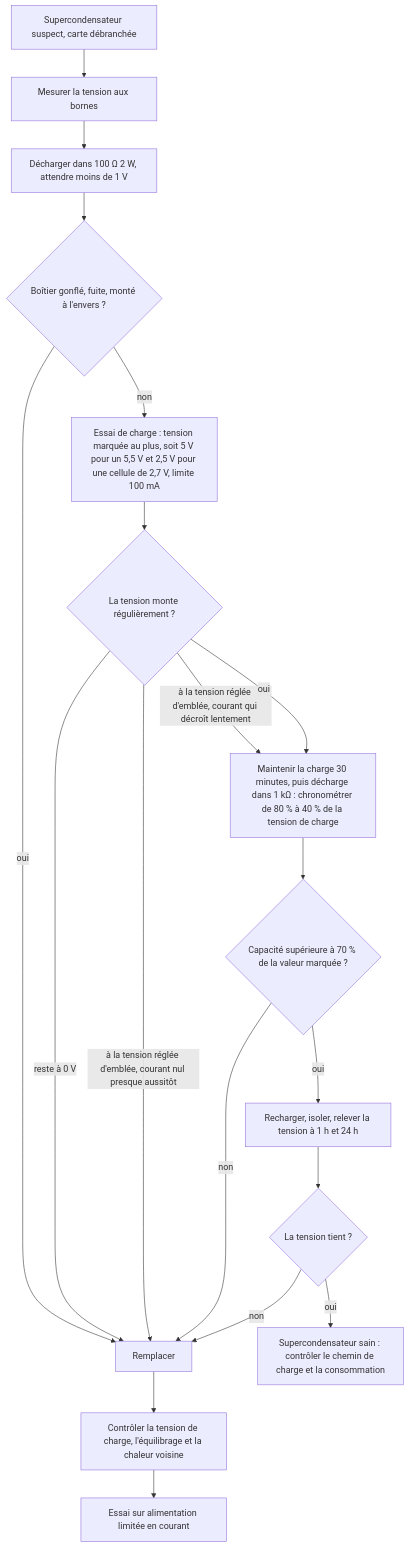
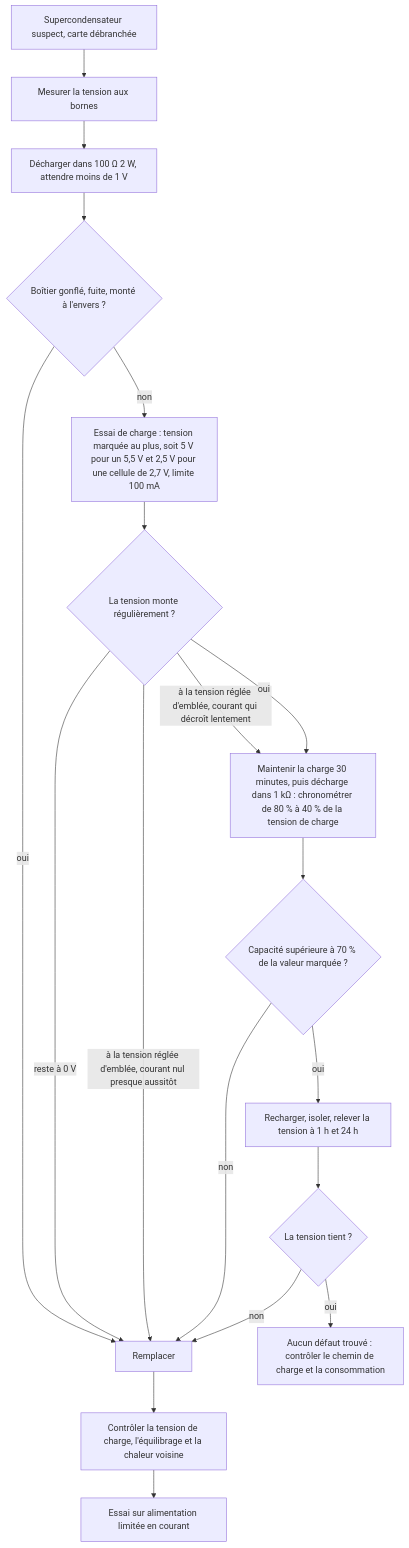
Before and after one commit to benoit-bremaud/ohm-sweet-ohm: the diagram in troubleshooting/24_supercondensateur/README.md, drawn with Mermaid. The commit also changed 1 other file, not shown here.

Commit message:
docs(troubleshooting): end supercapacitor tree on no fault found

````diff
--- a/troubleshooting/24_supercondensateur/README.md
+++ b/troubleshooting/24_supercondensateur/README.md
@@ -166,21 +166,21 @@
 ```mermaid
 flowchart TD
   A[Supercondensateur suspect, carte débranchée] --> B[Mesurer la tension aux bornes]
   B --> C[Décharger dans 100 Ω 2 W, attendre moins de 1 V]
   C --> D{Boîtier gonflé, fuite, monté à l'envers ?}
   D -- oui --> R[Remplacer]
   D -- non --> E[Essai de charge : tension marquée au plus, soit 5 V pour un 5,5 V et 2,5 V pour une cellule de 2,7 V, limite 100 mA]
   E --> F{La tension monte régulièrement ?}
   F -- reste à 0 V --> R
   F -- à la tension réglée d'emblée, courant nul presque aussitôt --> R
   F -- à la tension réglée d'emblée, courant qui décroît lentement --> G
   F -- oui --> G[Maintenir la charge 30 minutes, puis décharge dans 1 kΩ : chronométrer de 80 % à 40 % de la tension de charge]
   G --> H{Capacité supérieure à 70 % de la valeur marquée ?}
   H -- non --> R
   H -- oui --> I[Recharger, isoler, relever la tension à 1 h et 24 h]
   I --> J{La tension tient ?}
   J -- non --> R
-  J -- oui --> K[Supercondensateur sain : contrôler le chemin de charge et la consommation]
+  J -- oui --> K[Aucun défaut trouvé : contrôler le chemin de charge et la consommation]
   R --> L[Contrôler la tension de charge, l'équilibrage et la chaleur voisine]
   L --> M[Essai sur alimentation limitée en courant]
 ```
````
